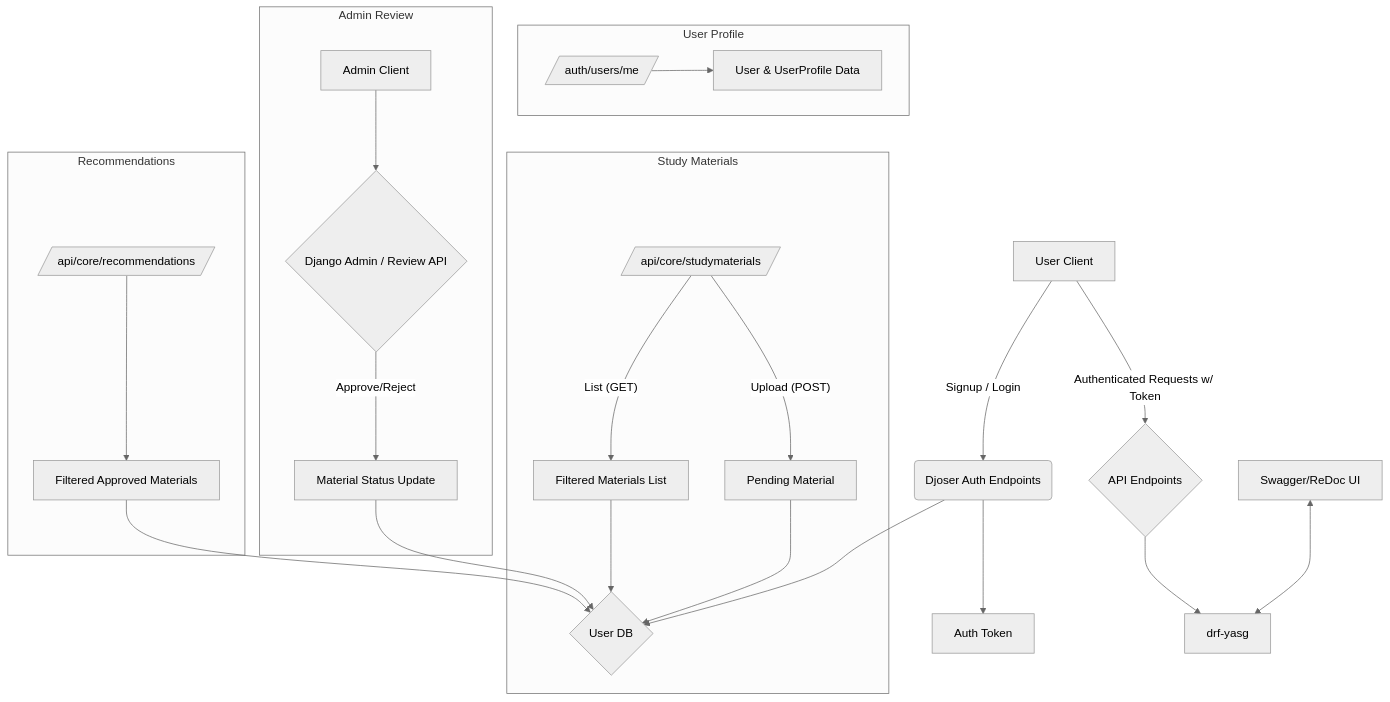
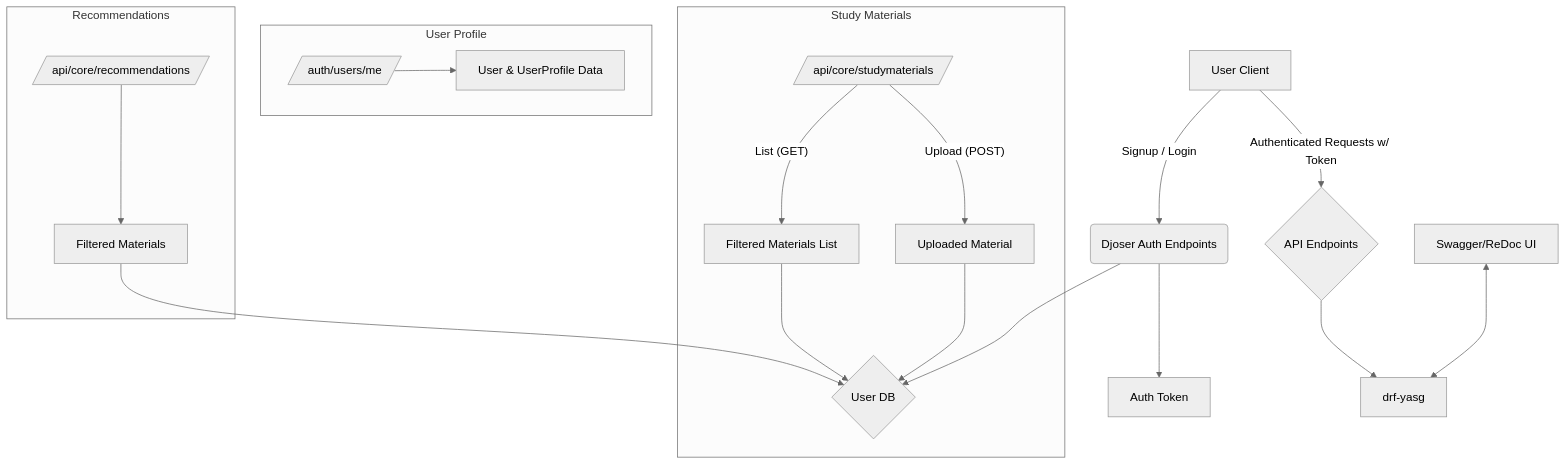
One commit to opencodeceo/jain-1 changed the diagram in backend_summary.md. Above: the diagram before and after it, drawn with Mermaid (neutral theme). The commit also changed other lines of this file and 21 other files, not shown here.

First line of the commit message:
Refactor: Remove admin review system for RAG-based content flow

````diff
--- a/backend_summary.md
+++ b/backend_summary.md
@@ -55,33 +49,27 @@
 ```mermaid
 graph TD
     A[User Client] -->|Signup / Login| B(Djoser Auth Endpoints);
     B --> C{User DB};
     B --> D[Auth Token];
     A -->|Authenticated Requests w/ Token| E{API Endpoints};
 
     subgraph "User Profile"
         E1[/auth/users/me/] --> F[User & UserProfile Data];
     end
 
     subgraph "Study Materials"
         E2[/api/core/studymaterials/];
-        E2 -- Upload (POST) --> G[Pending Material];
+        E2 -- Upload (POST) --> G[Uploaded Material];
         G --> C;
         E2 -- List (GET) --> H[Filtered Materials List];
         H --> C;
     end
 
-    subgraph "Admin Review"
-        I[Admin Client] --> J{Django Admin / Review API};
-        J -- Approve/Reject --> K[Material Status Update];
-        K --> C;
-    end
-
     subgraph "Recommendations"
-        E3[/api/core/recommendations/] --> L[Filtered Approved Materials];
+        E3[/api/core/recommendations/] --> L[Filtered Materials];
         L --> C;
     end
 
     M[Swagger/ReDoc UI] <--> N[drf-yasg];
     E --> N;
 ```
````
